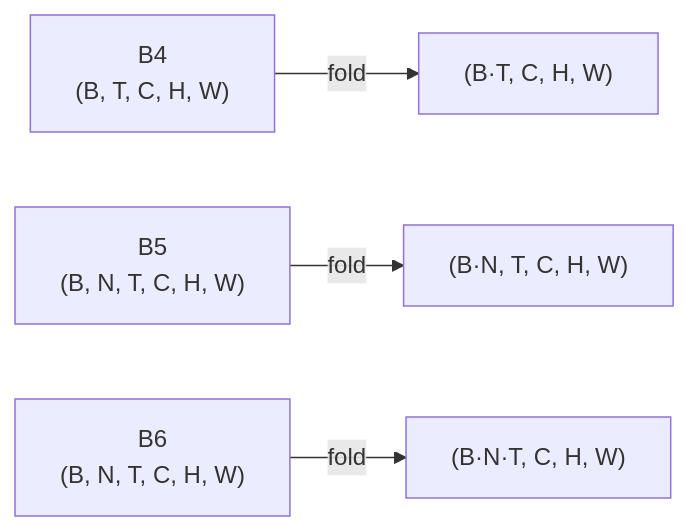
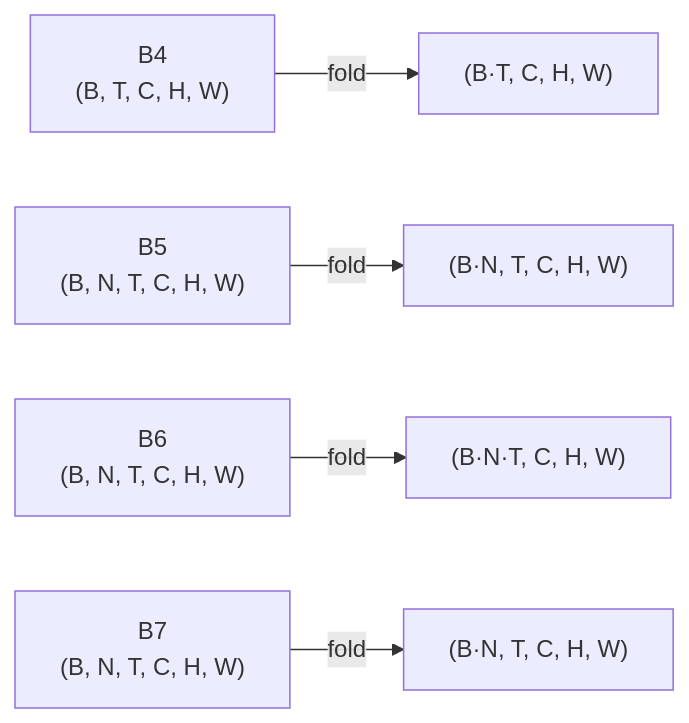
Diagram 26 of 29 in README.md (Abdo-Gamal/volleyball_project), drawn with Mermaid before and after one commit. The commit also changed other lines of this file and 2 other files, not shown here.

````diff
--- a/README.md
+++ b/README.md
@@ -1062,6 +1280,7 @@
 ```mermaid
 flowchart LR
     A["B4<br/>(B, T, C, H, W)"] -->|fold| A2["(B·T, C, H, W)"]
     B["B5<br/>(B, N, T, C, H, W)"] -->|fold| B2["(B·N, T, C, H, W)"]
     C["B6<br/>(B, N, T, C, H, W)"] -->|fold| C2["(B·N·T, C, H, W)"]
+    D["B7<br/>(B, N, T, C, H, W)"] -->|fold| D2["(B·N, T, C, H, W)"]
 ```
````
